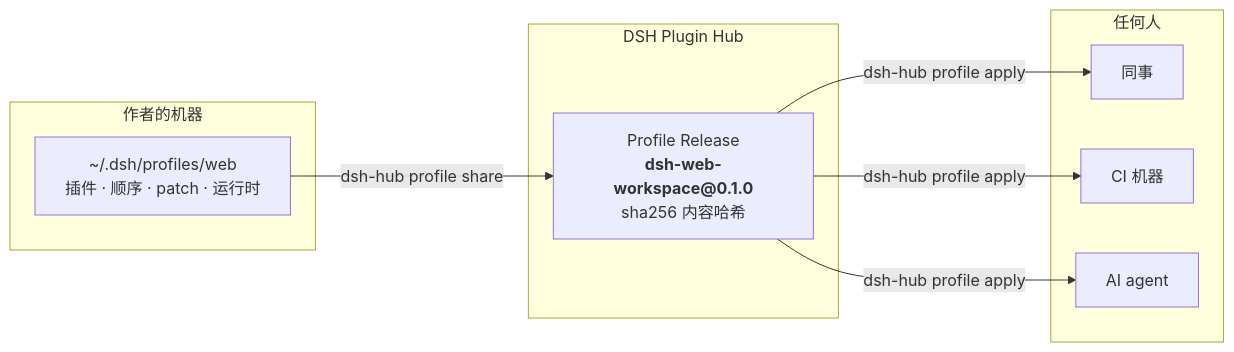
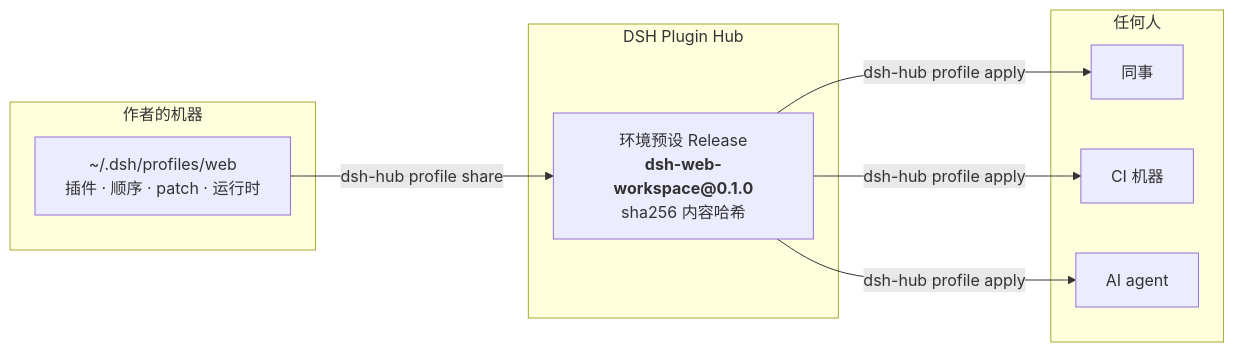
One commit to pax-beehive/dsh-hub-cli changed the first of 5 diagrams in README.zh-CN.md. Above: the diagram before and after it, drawn with Mermaid. The commit also changed other lines of this file and 17 other files, not shown here.

````diff
--- a/README.zh-CN.md
+++ b/README.zh-CN.md
@@ -47,19 +47,19 @@
 ```mermaid
 flowchart LR
     subgraph author["作者的机器"]
         A["~/.dsh/profiles/web<br/>插件 · 顺序 · patch · 运行时"]
     end
     subgraph hub["DSH Plugin Hub"]
-        R["Profile Release<br/><b>dsh-web-workspace@0.1.0</b><br/>sha256 内容哈希"]
+        R["环境预设 Release<br/><b>dsh-web-workspace@0.1.0</b><br/>sha256 内容哈希"]
     end
     subgraph team["任何人"]
         T1["同事"]
         T2["CI 机器"]
         T3["AI agent"]
     end
 
     A -- "dsh-hub profile share" --> R
     R -- "dsh-hub profile apply" --> T1
     R -- "dsh-hub profile apply" --> T2
     R -- "dsh-hub profile apply" --> T3
 ```
````
